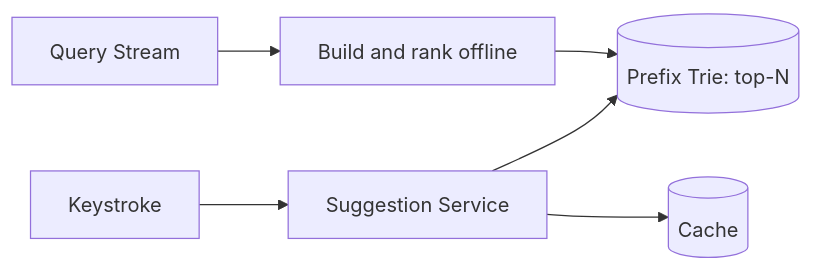
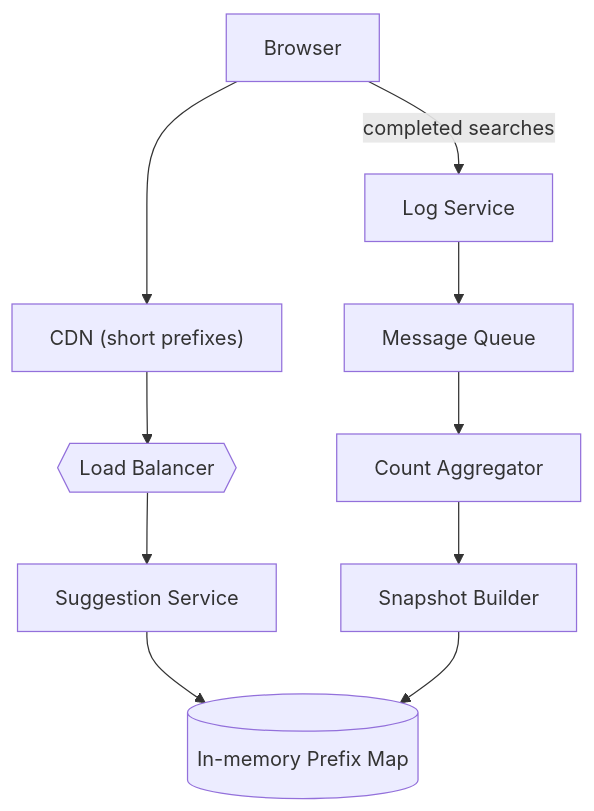
One commit to design-gurus/grokking-system-design changed the first of 2 diagrams in questions/design-typeahead-autocomplete.md. Above: the diagram before and after it, drawn with Mermaid. The commit also changed other lines of this file and 19 other files, not shown here.

````diff
--- a/questions/design-typeahead-autocomplete.md
+++ b/questions/design-typeahead-autocomplete.md
@@ -21,8 +75,12 @@
 ```mermaid
-flowchart LR
-    Key[Keystroke] --> Svc[Suggestion Service]
-    Svc --> Trie[(Prefix Trie: top-N)]
-    Svc --> Cache[(Cache)]
-    Stream[Query Stream] --> Build[Build and rank offline]
-    Build --> Trie
+flowchart TD
+    User[Browser] --> CDN["CDN (short prefixes)"]
+    CDN --> LB{{Load Balancer}}
+    LB --> Svc[Suggestion Service]
+    Svc --> Map[(In-memory Prefix Map)]
+    User -->|completed searches| Log[Log Service]
+    Log --> Q[Message Queue]
+    Q --> Agg[Count Aggregator]
+    Agg --> Builder[Snapshot Builder]
+    Builder --> Map
 ```
````
